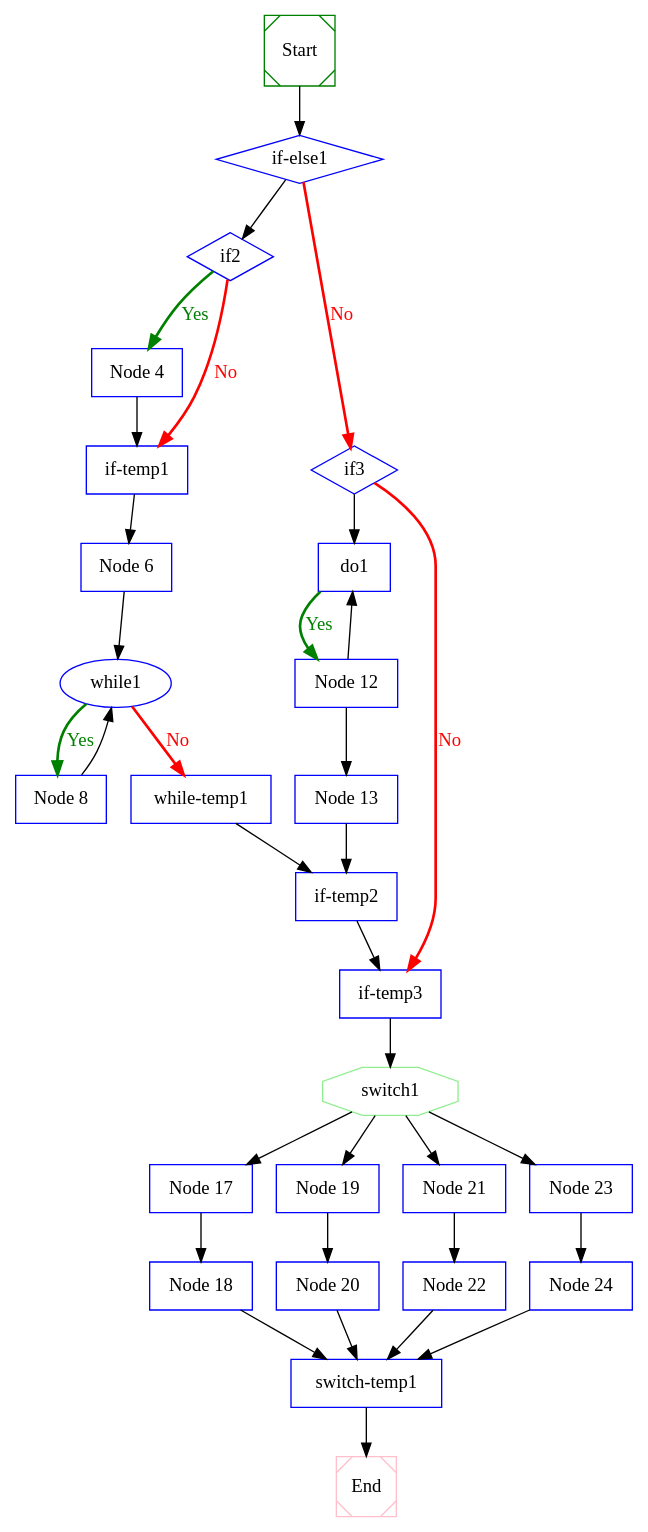
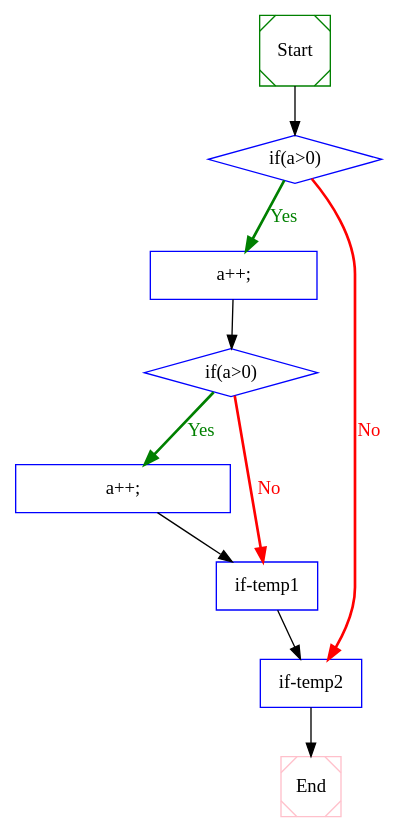
The diagram in out/test.dot (Naplues/Static-Analysis), drawn with Graphviz before and after one commit. The commit also changed 7 other files, not shown here.

```diff
--- a/out/test.dot
+++ b/out/test.dot
@@ -1,87 +1,27 @@
 digraph CFG {
  1  [shape = Msquare, color = green, label = "Start", ]
- 2  [shape = diamond, color = blue, label = "if-else1", ]
- 3  [shape = diamond, color = blue, label = "if2", ]
- 4  [shape = box, color = blue, label = "Node 4", ]
- 5  [shape = box, color = blue, label = "if-temp1", ]
- 6  [shape = box, color = blue, label = "Node 6", ]
- 7  [shape = ellipse, color = blue, label = "while1", ]
- 8  [shape = box, color = blue, label = "Node 8", ]
- 9  [shape = box, color = blue, label = "while-temp1", ]
- 10  [shape = diamond, color = blue, label = "if3", ]
- 11  [shape = box, color = blue, label = "do1", ]
- 12  [shape = box, color = blue, label = "Node 12", ]
- 13  [shape = box, color = blue, label = "Node 13", ]
- 14  [shape = box, color = blue, label = "if-temp2", ]
- 15  [shape = box, color = blue, label = "if-temp3", ]
- 16  [shape = octagon, color = lightgreen, label = "switch1", ]
- 17  [shape = box, color = blue, label = "Node 17", ]
- 18  [shape = box, color = blue, label = "Node 18", ]
- 19  [shape = box, color = blue, label = "Node 19", ]
- 20  [shape = box, color = blue, label = "Node 20", ]
- 21  [shape = box, color = blue, label = "Node 21", ]
- 22  [shape = box, color = blue, label = "Node 22", ]
- 23  [shape = box, color = blue, label = "Node 23", ]
- 24  [shape = box, color = blue, label = "Node 24", ]
- 25  [shape = box, color = blue, label = "switch-temp1", ]
- 26  [shape = Msquare, color = pink, label = "End", ]
+ 2  [shape = diamond, color = blue, label = "if(a>0) ", ]
+ 3  [shape = box, color = blue, label = "		a++;", ]
+ 4  [shape = diamond, color = blue, label = "if(a>0) ", ]
+ 5  [shape = box, color = blue, label = "			a++;", ]
+ 6  [shape = box, color = blue, label = "if-temp1", ]
+ 7  [shape = box, color = blue, label = "if-temp2", ]
+ 8  [shape = Msquare, color = pink, label = "End", ]
  1  ->  2  [style = solid, label="", fillcolor = black, color = black, fontcolor = black]
 
- 2  ->  10  [style = bold, label="No", fillcolor = red, color = red, fontcolor = red]
- 2  ->  3  [style = solid, label="", fillcolor = black, color = black, fontcolor = black]
+ 2  ->  7  [style = bold, label="No", fillcolor = red, color = red, fontcolor = red]
+ 2  ->  3  [style = bold, label="Yes", fillcolor = green, color = green, fontcolor = green]
 
- 3  ->  5  [style = bold, label="No", fillcolor = red, color = red, fontcolor = red]
- 3  ->  4  [style = bold, label="Yes", fillcolor = green, color = green, fontcolor = green]
+ 3  ->  4  [style = solid, label="", fillcolor = black, color = black, fontcolor = black]
 
- 4  ->  5  [style = solid, label="", fillcolor = black, color = black, fontcolor = black]
+ 4  ->  6  [style = bold, label="No", fillcolor = red, color = red, fontcolor = red]
+ 4  ->  5  [style = bold, label="Yes", fillcolor = green, color = green, fontcolor = green]
 
  5  ->  6  [style = solid, label="", fillcolor = black, color = black, fontcolor = black]
 
  6  ->  7  [style = solid, label="", fillcolor = black, color = black, fontcolor = black]
 
- 7  ->  9  [style = bold, label="No", fillcolor = red, color = red, fontcolor = red]
- 7  ->  8  [style = bold, label="Yes", fillcolor = green, color = green, fontcolor = green]
-
- 8  ->  7  [style = solid, label="", fillcolor = black, color = black, fontcolor = black]
-
- 9  ->  14  [style = solid, label="", fillcolor = black, color = black, fontcolor = black]
-
- 10  ->  15  [style = bold, label="No", fillcolor = red, color = red, fontcolor = red]
- 10  ->  11  [style = solid, label="", fillcolor = black, color = black, fontcolor = black]
-
- 11  ->  12  [style = bold, label="Yes", fillcolor = green, color = green, fontcolor = green]
-
- 12  ->  11  [style = solid, label="", fillcolor = black, color = black, fontcolor = black]
- 12  ->  13  [style = solid, label="", fillcolor = black, color = black, fontcolor = black]
-
- 13  ->  14  [style = solid, label="", fillcolor = black, color = black, fontcolor = black]
-
- 14  ->  15  [style = solid, label="", fillcolor = black, color = black, fontcolor = black]
-
- 15  ->  16  [style = solid, label="", fillcolor = black, color = black, fontcolor = black]
-
- 16  ->  23  [style = solid, label="", fillcolor = black, color = black, fontcolor = black]
- 16  ->  21  [style = solid, label="", fillcolor = black, color = black, fontcolor = black]
- 16  ->  19  [style = solid, label="", fillcolor = black, color = black, fontcolor = black]
- 16  ->  17  [style = solid, label="", fillcolor = black, color = black, fontcolor = black]
-
- 17  ->  18  [style = solid, label="", fillcolor = black, color = black, fontcolor = black]
-
- 18  ->  25  [style = solid, label="", fillcolor = black, color = black, fontcolor = black]
-
- 19  ->  20  [style = solid, label="", fillcolor = black, color = black, fontcolor = black]
-
- 20  ->  25  [style = solid, label="", fillcolor = black, color = black, fontcolor = black]
-
- 21  ->  22  [style = solid, label="", fillcolor = black, color = black, fontcolor = black]
-
- 22  ->  25  [style = solid, label="", fillcolor = black, color = black, fontcolor = black]
-
- 23  ->  24  [style = solid, label="", fillcolor = black, color = black, fontcolor = black]
-
- 24  ->  25  [style = solid, label="", fillcolor = black, color = black, fontcolor = black]
-
- 25  ->  26  [style = solid, label="", fillcolor = black, color = black, fontcolor = black]
+ 7  ->  8  [style = solid, label="", fillcolor = black, color = black, fontcolor = black]
 
 
 }
```
